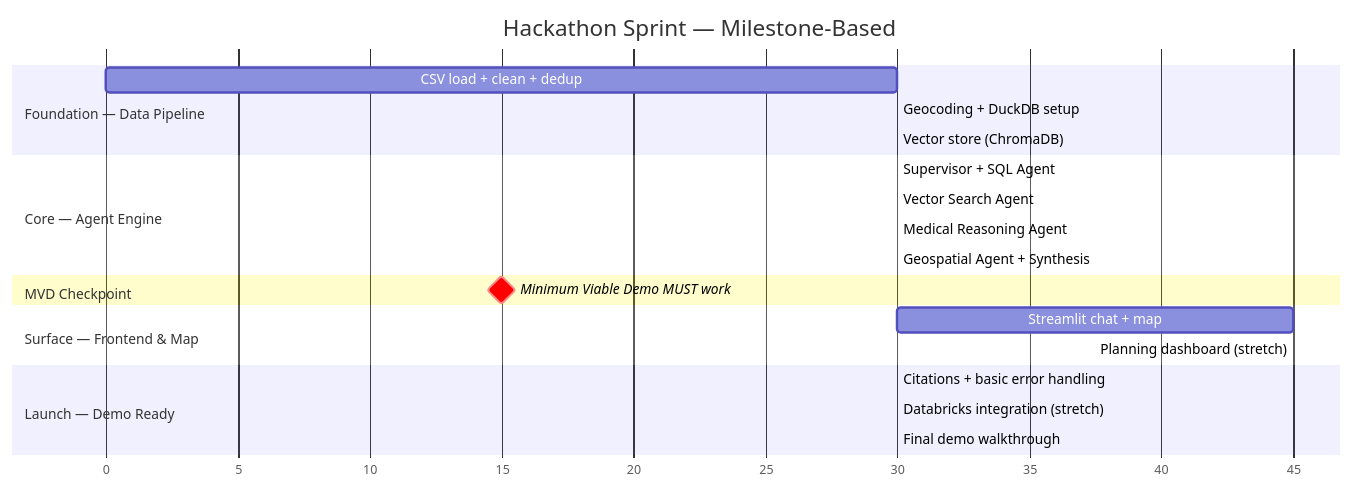
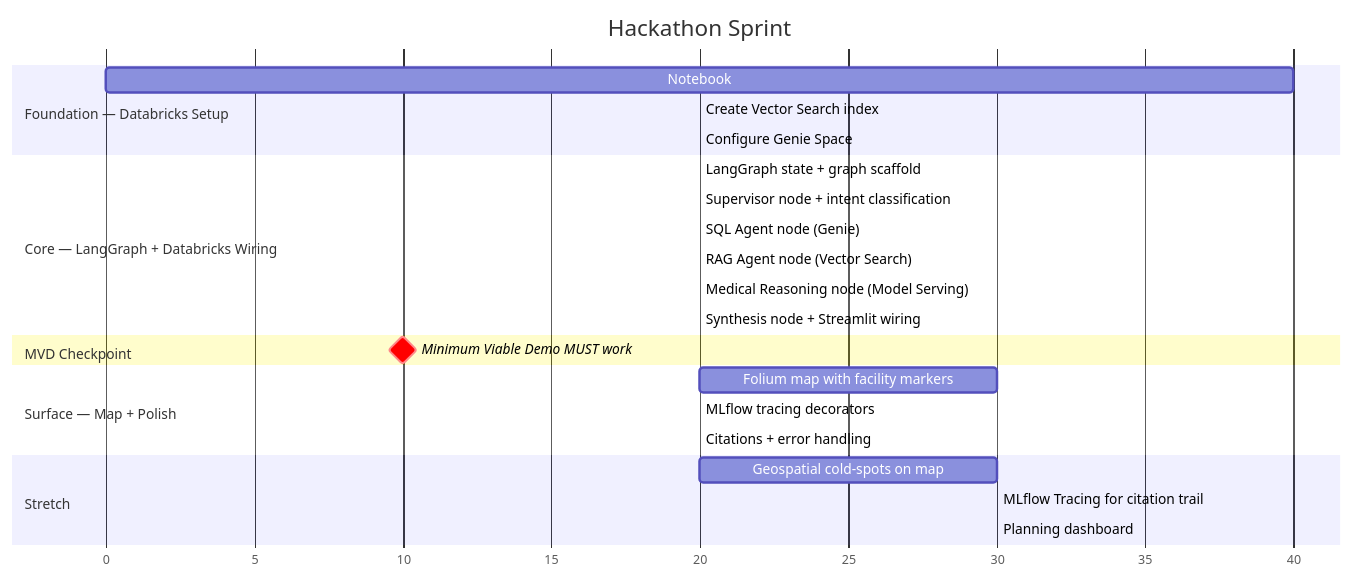
One commit to alijafarkamal/Hack-Nation changed the second of 2 diagrams in AGENT.md. Above: the diagram before and after it, drawn with Mermaid. The commit also changed other lines of this file, not shown here.

First line of the commit message:
Add LangGraph orchestration to AGENT.md architecture

````diff
--- a/AGENT.md
+++ b/AGENT.md
@@ -222,29 +241,32 @@
 ```mermaid
 gantt
-    title Hackathon Sprint — Milestone-Based
+    title Hackathon Sprint
     dateFormat X
     axisFormat %s
 
-    section Foundation — Data Pipeline
-    CSV load + clean + dedup           :p1a, 0, 30
-    Geocoding + DuckDB setup           :p1b, after p1a, 30
-    Vector store (ChromaDB)            :p1c, after p1b, 30
+    section Foundation — Databricks Setup
+    Notebook: clean + geocode + upload to UC     :p1a, 0, 40
+    Create Vector Search index                   :p1b, after p1a, 20
+    Configure Genie Space                        :p1c, after p1b, 20
 
-    section Core — Agent Engine
-    Supervisor + SQL Agent             :p2a, after p1c, 30
-    Vector Search Agent                :p2b, after p2a, 30
-    Medical Reasoning Agent            :p2c, after p2b, 30
-    Geospatial Agent + Synthesis       :p2d, after p2c, 30
+    section Core — LangGraph + Databricks Wiring
+    LangGraph state + graph scaffold             :p2a, after p1c, 20
+    Supervisor node + intent classification      :p2b, after p2a, 20
+    SQL Agent node (Genie)                       :p2c, after p2b, 20
+    RAG Agent node (Vector Search)               :p2d, after p2c, 20
+    Medical Reasoning node (Model Serving)       :p2e, after p2d, 20
+    Synthesis node + Streamlit wiring            :p2f, after p2e, 20
 
     section MVD Checkpoint
-    Minimum Viable Demo MUST work      :milestone, crit, after p2d, 0
+    Minimum Viable Demo MUST work                :milestone, crit, after p2f, 0
 
-    section Surface — Frontend & Map
-    Streamlit chat + map               :p3a, after p2d, 45
-    Planning dashboard (stretch)       :p3b, after p3a, 45
+    section Surface — Map + Polish
+    Folium map with facility markers             :p3a, after p2f, 30
+    MLflow tracing decorators                    :p3b, after p3a, 20
+    Citations + error handling                   :p3c, after p3b, 20
 
-    section Launch — Demo Ready
-    Citations + basic error handling   :p4a, after p3b, 30
-    Databricks integration (stretch)   :p4b, after p4a, 30
-    Final demo walkthrough             :p4c, after p4b, 30
+    section Stretch
+    Geospatial cold-spots on map                 :p4a, after p3c, 30
+    MLflow Tracing for citation trail            :p4b, after p4a, 30
+    Planning dashboard                           :p4c, after p4b, 30
 ```
````
